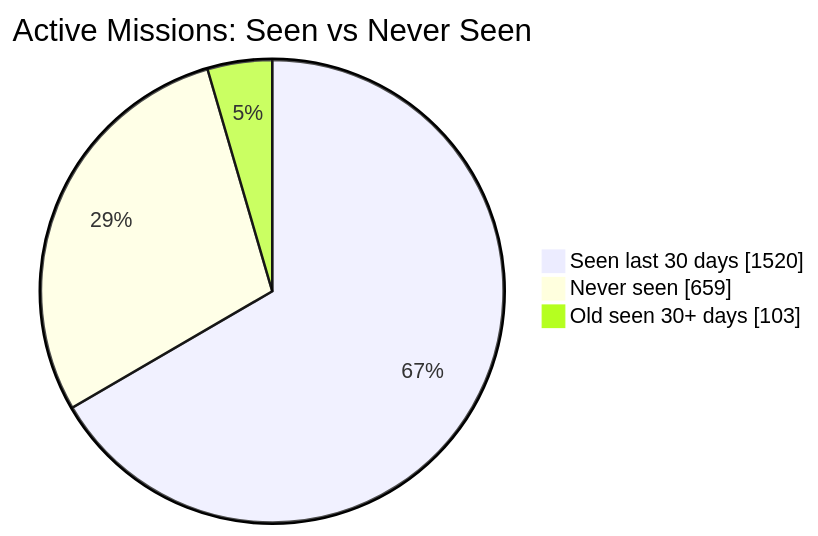
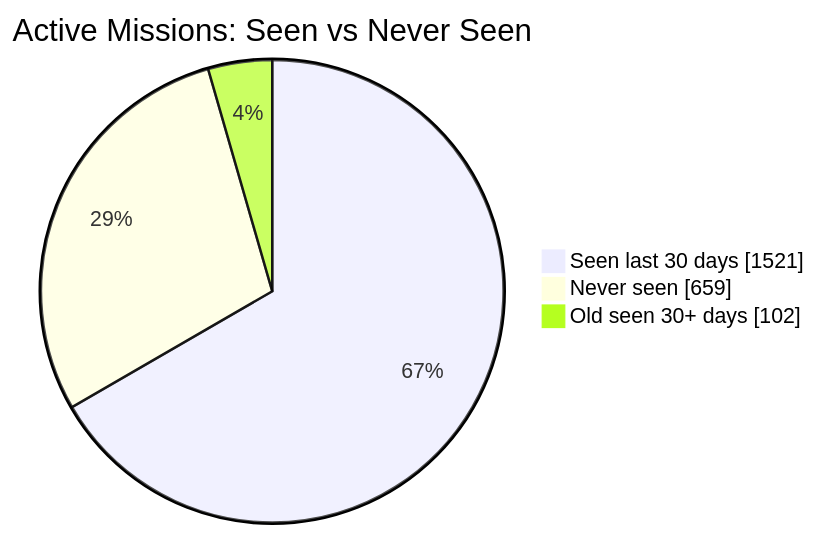
Before and after one commit to MeldkamerspelGameTeam/active-missions: the first of 2 diagrams in README.md, drawn with Mermaid. The commit also changed other lines of this file and 2 other files, not shown here.

````diff
--- a/README.md
+++ b/README.md
@@ -34,7 +34,7 @@
 ```mermaid
 pie showData
     title Active Missions: Seen vs Never Seen
-    "Seen last 30 days" : 1520
+    "Seen last 30 days" : 1521
     "Never seen" : 659
-    "Old seen 30+ days" : 103
+    "Old seen 30+ days" : 102
 ```
````
